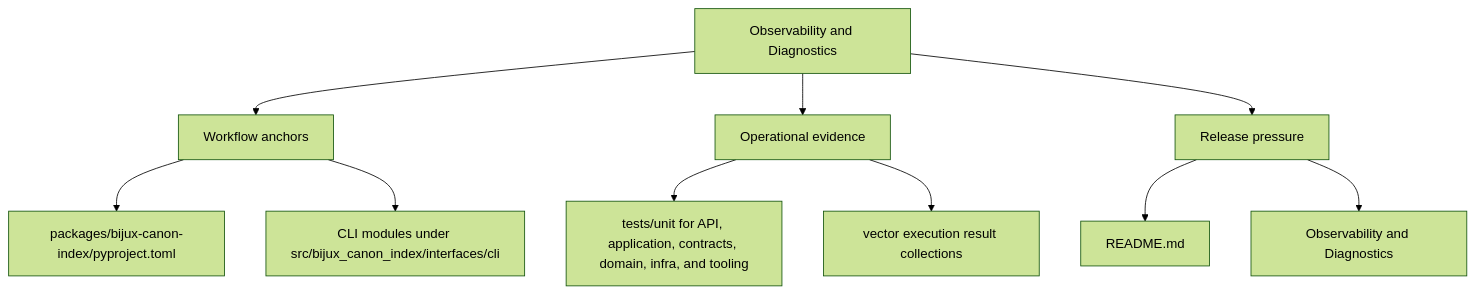
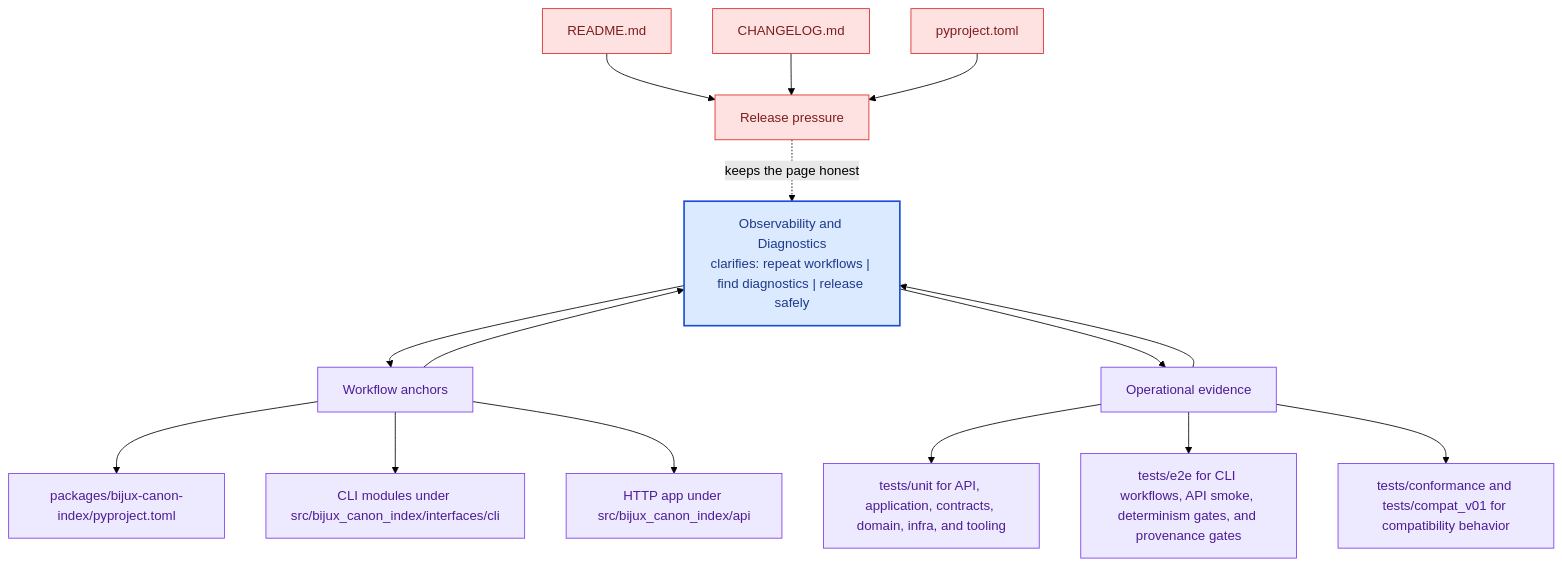
One commit to bijux/bijux-canon changed the second of 2 diagrams in docs/bijux-canon-index/operations/observability-and-diagnostics.md. Above: the diagram before and after it, drawn with Mermaid (forest theme). The commit also changed other lines of this file and 281 other files, not shown here.

Commit message:
docs(diagrams): deepen handbook mermaid maps across the catalog

````diff
--- a/docs/bijux-canon-index/operations/observability-and-diagnostics.md
+++ b/docs/bijux-canon-index/operations/observability-and-diagnostics.md
@@ -33,22 +66,41 @@
 ```mermaid
-flowchart TD
-    page["Observability and Diagnostics"]
+flowchart TB
+    promise["Observability and Diagnostics<br/>clarifies: repeat workflows | find diagnostics | release safely"]
+    classDef promise fill:#dbeafe,stroke:#1d4ed8,color:#1e3a8a,stroke-width:2px;
+    classDef driver fill:#dcfce7,stroke:#16a34a,color:#14532d;
+    classDef constraint fill:#fee2e2,stroke:#dc2626,color:#7f1d1d;
+    classDef ground fill:#ede9fe,stroke:#7c3aed,color:#4c1d95;
     focus1["Workflow anchors"]
-    page --> focus1
+    focus1 --> promise
+    promise --> focus1
     focus1_1["packages/bijux-canon-index/pyproject.toml"]
     focus1 --> focus1_1
     focus1_2["CLI modules under src/bijux_canon_index/interfaces/cli"]
     focus1 --> focus1_2
+    focus1_3["HTTP app under src/bijux_canon_index/api"]
+    focus1 --> focus1_3
+    class focus1 ground;
+    class focus1_1,focus1_2,focus1_3 ground;
     focus2["Operational evidence"]
-    page --> focus2
+    focus2 --> promise
+    promise --> focus2
     focus2_1["tests/unit for API, application, contracts, domain, infra, and tooling"]
     focus2 --> focus2_1
-    focus2_2["vector execution result collections"]
+    focus2_2["tests/e2e for CLI workflows, API smoke, determinism gates, and provenance gates"]
     focus2 --> focus2_2
+    focus2_3["tests/conformance and tests/compat_v01 for compatibility behavior"]
+    focus2 --> focus2_3
+    class focus2 ground;
+    class focus2_1,focus2_2,focus2_3 ground;
     focus3["Release pressure"]
-    page --> focus3
+    focus3 -.keeps the page honest.-> promise
     focus3_1["README.md"]
-    focus3 --> focus3_1
-    focus3_2["Observability and Diagnostics"]
-    focus3 --> focus3_2
+    focus3_1 --> focus3
+    focus3_2["CHANGELOG.md"]
+    focus3_2 --> focus3
+    focus3_3["pyproject.toml"]
+    focus3_3 --> focus3
+    class focus3 constraint;
+    class focus3_1,focus3_2,focus3_3 constraint;
+    class promise promise;
 ```
````
